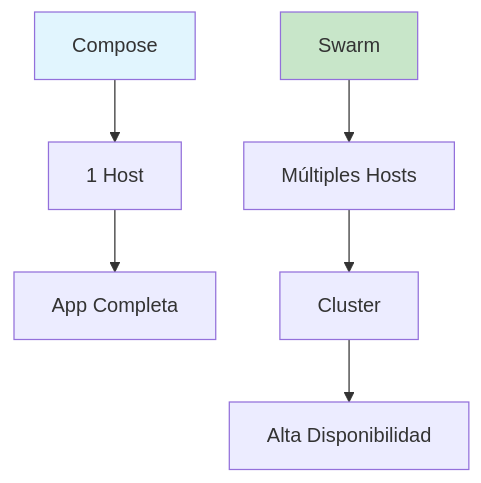
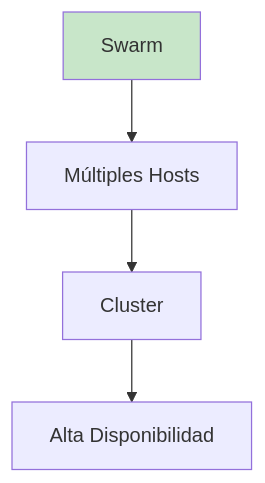
Before and after one commit to map0logo/curso-docker-k8s: diagram 13 of 26 in slides/04-docker-compose.qmd, drawn with Mermaid. The commit also changed other lines of this file, not shown here.

````diff
--- a/slides/04-docker-compose.qmd
+++ b/slides/04-docker-compose.qmd
@@ -538,12 +543,8 @@
 ```{mermaid}
 graph TB
-    A[Compose] --> B[1 Host]
-    B --> C[App Completa]
-    
     D[Swarm] --> E[Múltiples Hosts]
     E --> F[Cluster]
     F --> G[Alta Disponibilidad]
     
-    style A fill:#e1f5fe
     style D fill:#c8e6c9
 ```
````
